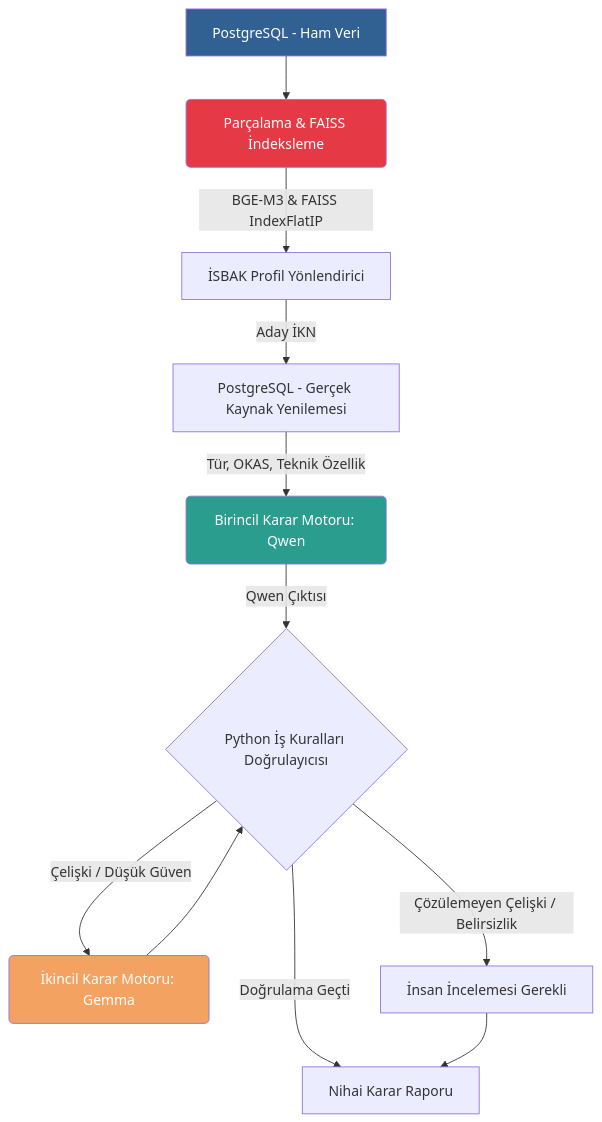
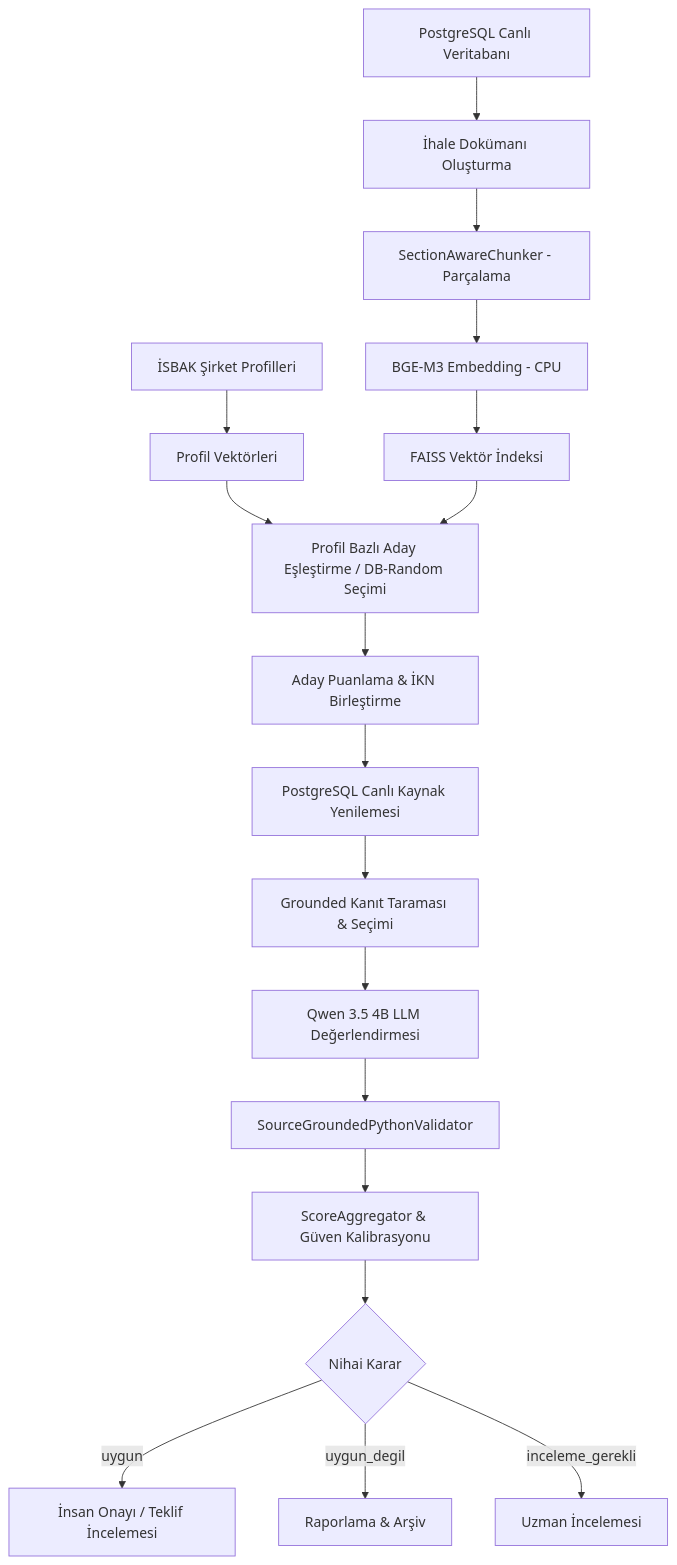
Before and after one commit to mertevran/ekap_llm: the diagram in README.md, drawn with Mermaid. The commit also changed other lines of this file and 22 other files, not shown here.

````diff
--- a/README.md
+++ b/README.md
@@ -42,21 +39,24 @@
 ```mermaid
 graph TD
-    A[PostgreSQL - Ham Veri] --> B(Parçalama & FAISS İndeksleme)
-    B -->|BGE-M3 & FAISS IndexFlatIP| C[İSBAK Profil Yönlendirici]
-    C -->|Aday İKN| H[PostgreSQL - Gerçek Kaynak Yenilemesi]
-    
-    H -->|Tür, OKAS, Teknik Özellik| D(Birincil Karar Motoru: Qwen)
-    
-    D -->|Qwen Çıktısı| E{Python İş Kuralları Doğrulayıcısı}
-    E -->|Çelişki / Düşük Güven| G(İkincil Karar Motoru: Gemma)
-    G --> E
-    
-    E -->|Doğrulama Geçti| F[Nihai Karar Raporu]
-    E -->|Çözülemeyen Çelişki / Belirsizlik| I[İnsan İncelemesi Gerekli]
-    I --> F
-    
-    style A fill:#316192,color:#fff
-    style B fill:#e63946,color:#fff
-    style D fill:#2a9d8f,color:#fff
-    style G fill:#f4a261,color:#fff
+    A[PostgreSQL Canlı Veritabanı] --> B[İhale Dokümanı Oluşturma]
+    B --> C[SectionAwareChunker - Parçalama]
+    C --> D[BGE-M3 Embedding - CPU]
+    D --> E[FAISS Vektör İndeksi]
+
+    P[İSBAK Şirket Profilleri] --> Q[Profil Vektörleri]
+    Q --> F[Profil Bazlı Aday Eşleştirme / DB-Random Seçimi]
+    E --> F
+
+    F --> G[Aday Puanlama & İKN Birleştirme]
+    G --> H[PostgreSQL Canlı Kaynak Yenilemesi]
+    H --> I[Grounded Kanıt Taraması & Seçimi]
+    I --> J[Qwen 3.5 4B LLM Değerlendirmesi]
+
+    J --> K[SourceGroundedPythonValidator]
+    K --> L[ScoreAggregator & Güven Kalibrasyonu]
+    L --> M{Nihai Karar}
+
+    M -->|uygun| N[İnsan Onayı / Teklif İncelemesi]
+    M -->|uygun_degil| O[Raporlama & Arşiv]
+    M -->|inceleme_gerekli| P2[Uzman İncelemesi]
 ```
````
